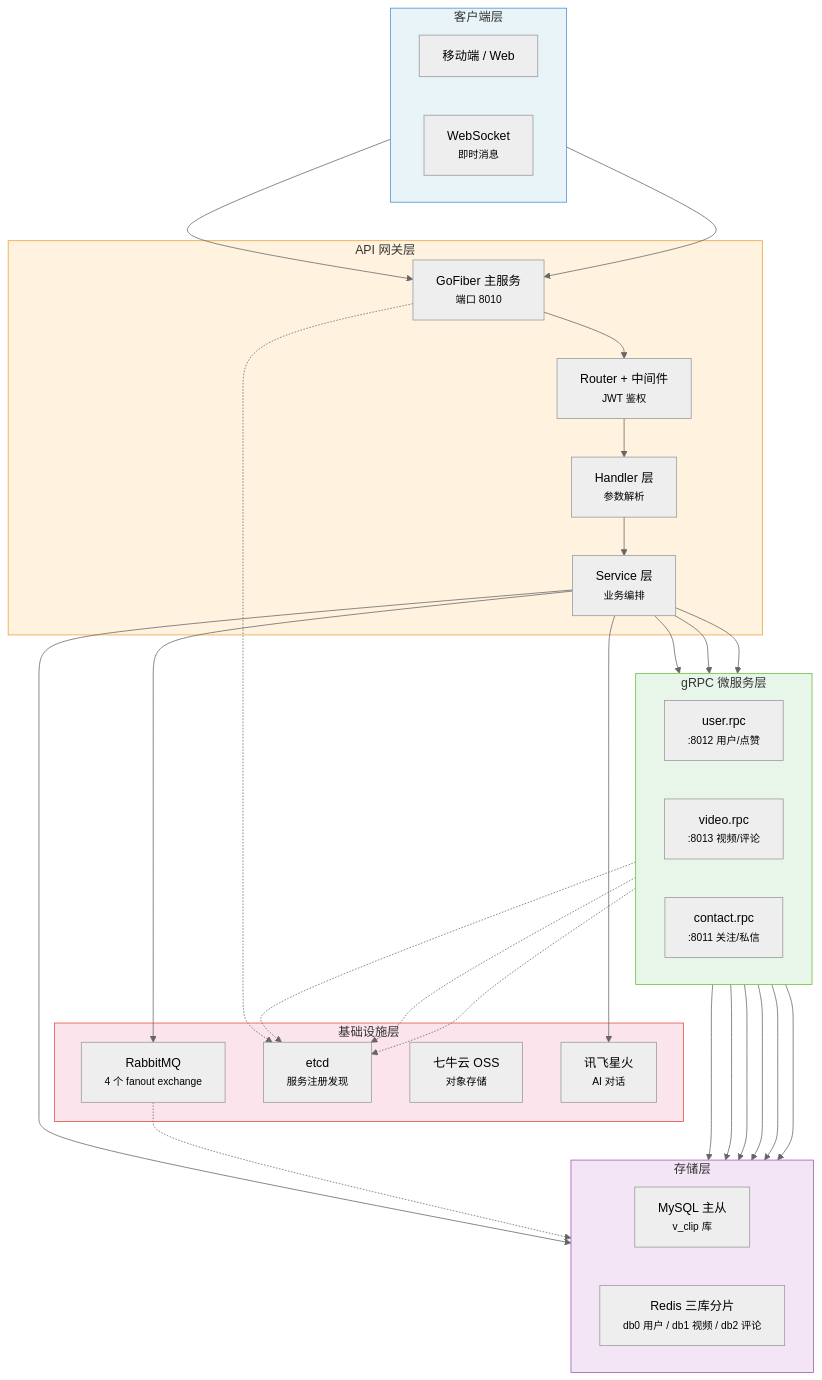
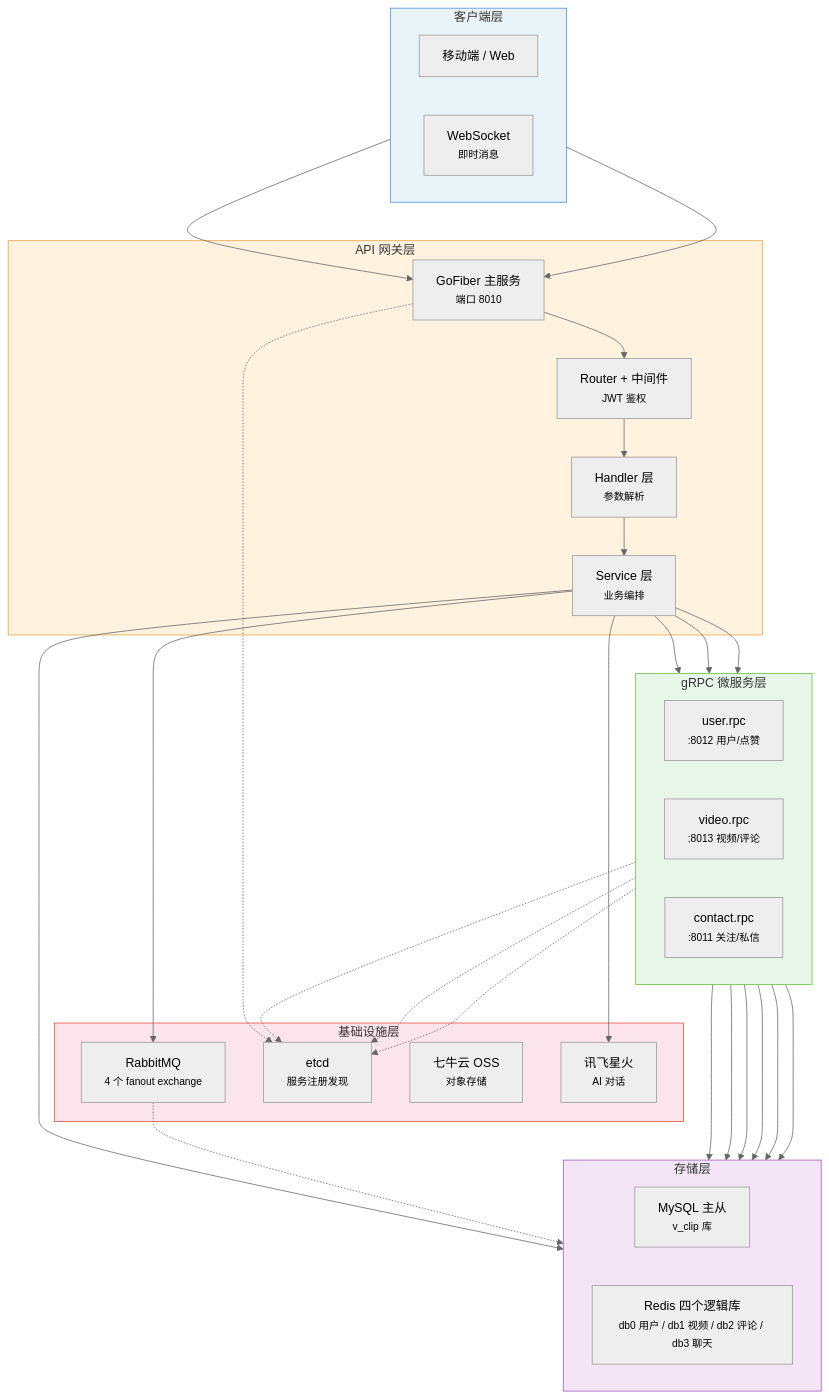
One commit to LT0X/click-video changed the first of 3 diagrams in README.md. Above: the diagram before and after it, drawn with Mermaid (neutral theme). The commit also changed other lines of this file and 49 other files, not shown here.

````diff
--- a/README.md
+++ b/README.md
@@ -29,64 +29,64 @@
 ```mermaid
 graph TB
     subgraph CLI["客户端层"]
         direction LR
         APP["移动端 / Web"]
         WS["WebSocket<br/><small>即时消息</small>"]
     end
 
     subgraph GW["API 网关层"]
         FIBER["GoFiber 主服务<br/><small>端口 8010</small>"]
         ROUTE["Router + 中间件<br/><small>JWT 鉴权</small>"]
         HANDLER["Handler 层<br/><small>参数解析</small>"]
         SVC["Service 层<br/><small>业务编排</small>"]
     end
 
     subgraph RPC["gRPC 微服务层"]
         direction LR
         URPC["user.rpc<br/><small>:8012 用户/点赞</small>"]
         VRPC["video.rpc<br/><small>:8013 视频/评论</small>"]
         CRPC["contact.rpc<br/><small>:8011 关注/私信</small>"]
     end
 
     subgraph STORE["存储层"]
         direction LR
         MYSQL["MySQL 主从<br/><small>v_clip 库</small>"]
-        REDIS["Redis 三库分片<br/><small>db0 用户 / db1 视频 / db2 评论</small>"]
+        REDIS["Redis 四个逻辑库<br/><small>db0 用户 / db1 视频 / db2 评论 / db3 聊天</small>"]
     end
 
     subgraph INFRA["基础设施层"]
         MQ["RabbitMQ<br/><small>4 个 fanout exchange</small>"]
         ETCD["etcd<br/><small>服务注册发现</small>"]
         OSS["七牛云 OSS<br/><small>对象存储</small>"]
         LLM["讯飞星火<br/><small>AI 对话</small>"]
     end
 
     APP --> FIBER
     WS --> FIBER
     FIBER --> ROUTE
     ROUTE --> HANDLER
     HANDLER --> SVC
     SVC --> URPC
     SVC --> VRPC
     SVC --> CRPC
     SVC --> MQ
     SVC --> REDIS
     SVC --> LLM
     URPC --> MYSQL
     VRPC --> MYSQL
     CRPC --> MYSQL
     URPC --> REDIS
     VRPC --> REDIS
     CRPC --> REDIS
     URPC -.-> ETCD
     VRPC -.-> ETCD
     CRPC -.-> ETCD
     FIBER -.-> ETCD
     MQ -.-> STORE
 
     style CLI fill:#e8f4f8,stroke:#4a90d9,color:#333
     style GW fill:#fff3e0,stroke:#e6a23c,color:#333
     style RPC fill:#e8f5e9,stroke:#67c23a,color:#333
     style STORE fill:#f3e5f5,stroke:#9b59b6,color:#333
     style INFRA fill:#fce4ec,stroke:#e74c3c,color:#333
 ```
````
